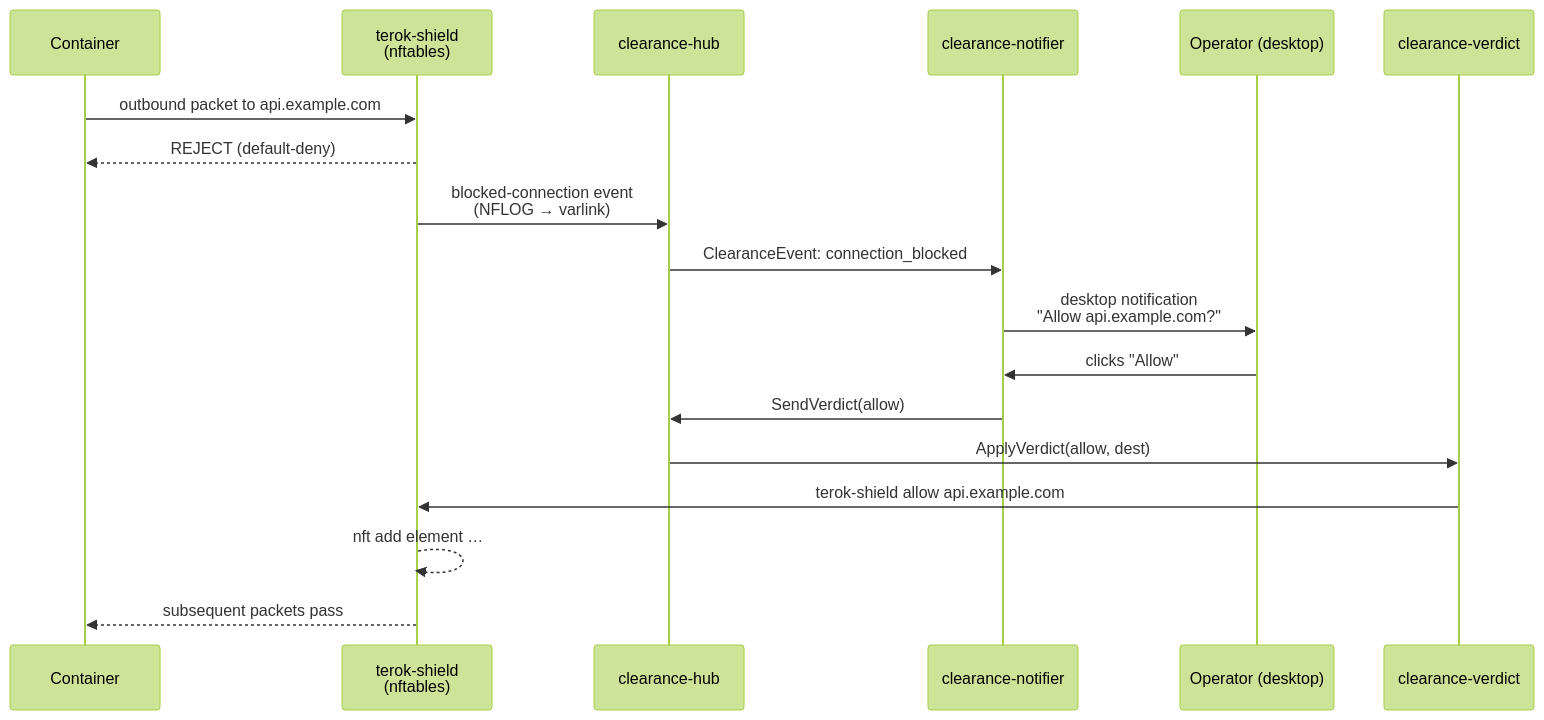
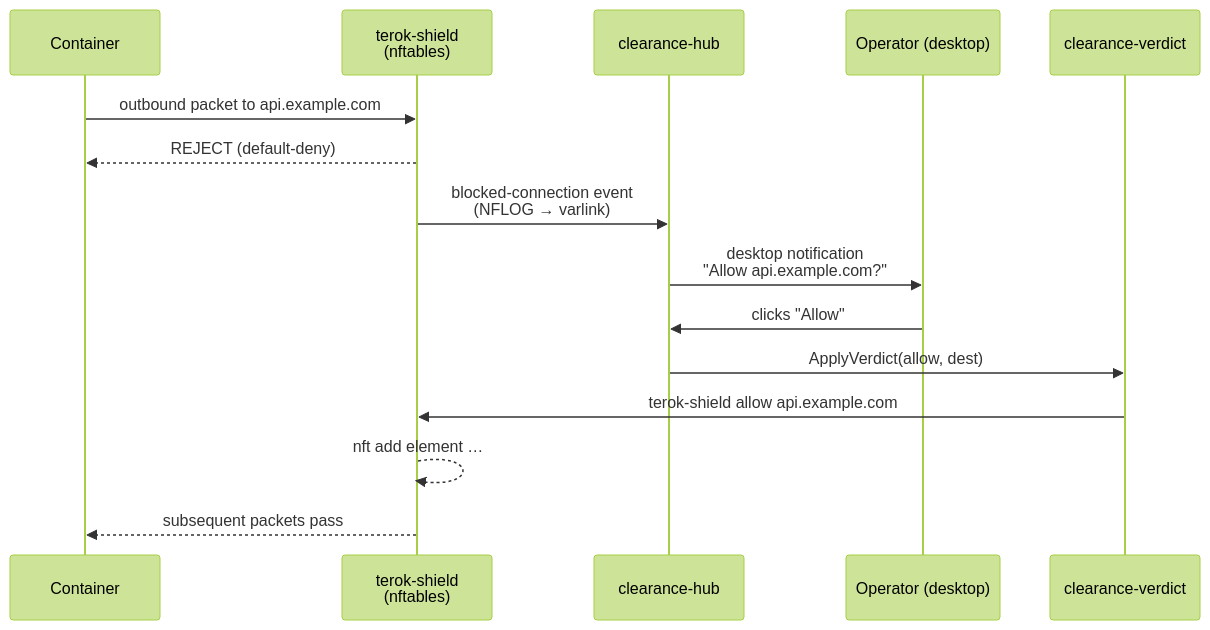
One commit to terok-ai/terok-clearance changed the diagram in README.md. Above: the diagram before and after it, drawn with Mermaid (forest theme). The commit also changed other lines of this file and 28 other files, not shown here.

````diff
--- a/README.md
+++ b/README.md
@@ -27,21 +27,18 @@
 ```mermaid
 sequenceDiagram
     participant C as Container
     participant S as terok-shield<br/>(nftables)
     participant H as clearance-hub
-    participant N as clearance-notifier
     participant U as Operator (desktop)
     participant V as clearance-verdict
 
     C->>S: outbound packet to api.example.com
     S-->>C: REJECT (default-deny)
     S->>H: blocked-connection event<br/>(NFLOG → varlink)
-    H->>N: ClearanceEvent: connection_blocked
-    N->>U: desktop notification<br/>"Allow api.example.com?"
-    U->>N: clicks "Allow"
-    N->>H: SendVerdict(allow)
+    H->>U: desktop notification<br/>"Allow api.example.com?"
+    U->>H: clicks "Allow"
     H->>V: ApplyVerdict(allow, dest)
     V->>S: terok-shield allow api.example.com
     S-->>S: nft add element …
     S-->>C: subsequent packets pass
 ```
````
